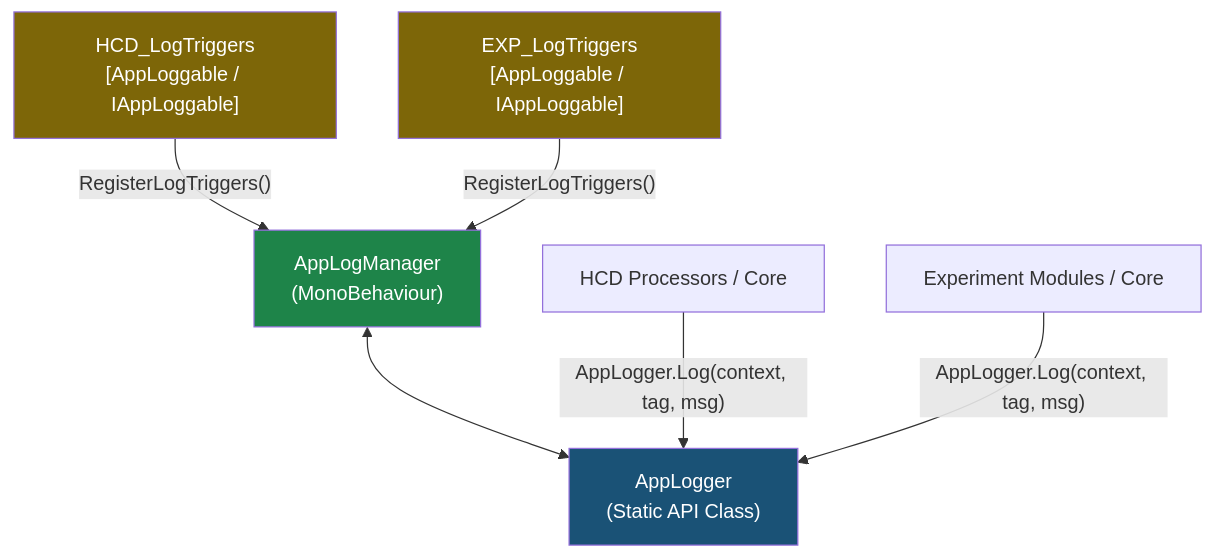
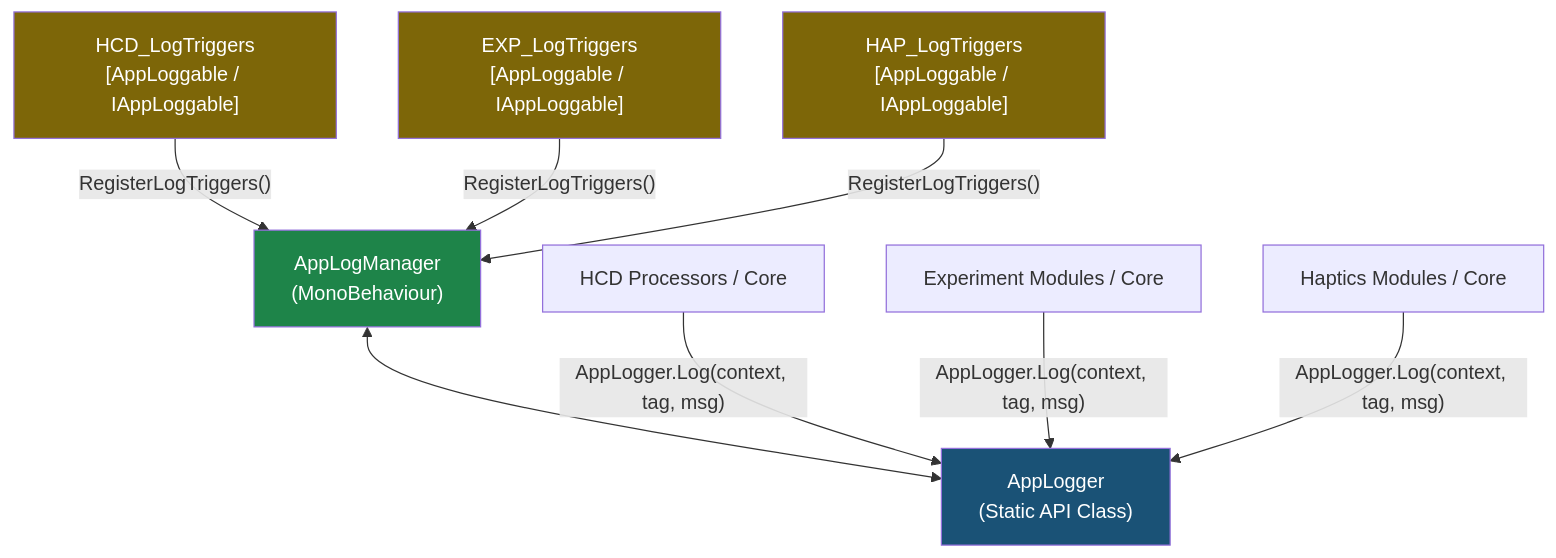
One commit to kotetsuOU/HandTrakingDemo changed the diagram in Docs/Logging.md. Above: the diagram before and after it, drawn with Mermaid. The commit also changed other lines of this file and 15 other files, not shown here.

````diff
--- a/Docs/Logging.md
+++ b/Docs/Logging.md
@@ -40,15 +41,18 @@
 ```mermaid
 graph TD
     AppLogManager["AppLogManager<br/>(MonoBehaviour)"] <--> AppLogger["AppLogger<br/>(Static API Class)"]
     
     LogTriggersHCD["HCD_LogTriggers<br/>[AppLoggable / IAppLoggable]"] -->|"RegisterLogTriggers()"| AppLogManager
     LogTriggersEXP["EXP_LogTriggers<br/>[AppLoggable / IAppLoggable]"] -->|"RegisterLogTriggers()"| AppLogManager
+    LogTriggersHAP["HAP_LogTriggers<br/>[AppLoggable / IAppLoggable]"] -->|"RegisterLogTriggers()"| AppLogManager
 
     Processors["HCD Processors / Core"] -->|"AppLogger.Log(context, tag, msg)"| AppLogger
     EXPModules["Experiment Modules / Core"] -->|"AppLogger.Log(context, tag, msg)"| AppLogger
+    HAPModules["Haptics Modules / Core"] -->|"AppLogger.Log(context, tag, msg)"| AppLogger
 
     style AppLogManager fill:#1E8449,color:#fff
     style AppLogger fill:#1A5276,color:#fff
     style LogTriggersHCD fill:#7D6608,color:#fff
     style LogTriggersEXP fill:#7D6608,color:#fff
+    style LogTriggersHAP fill:#7D6608,color:#fff
 ```
````
